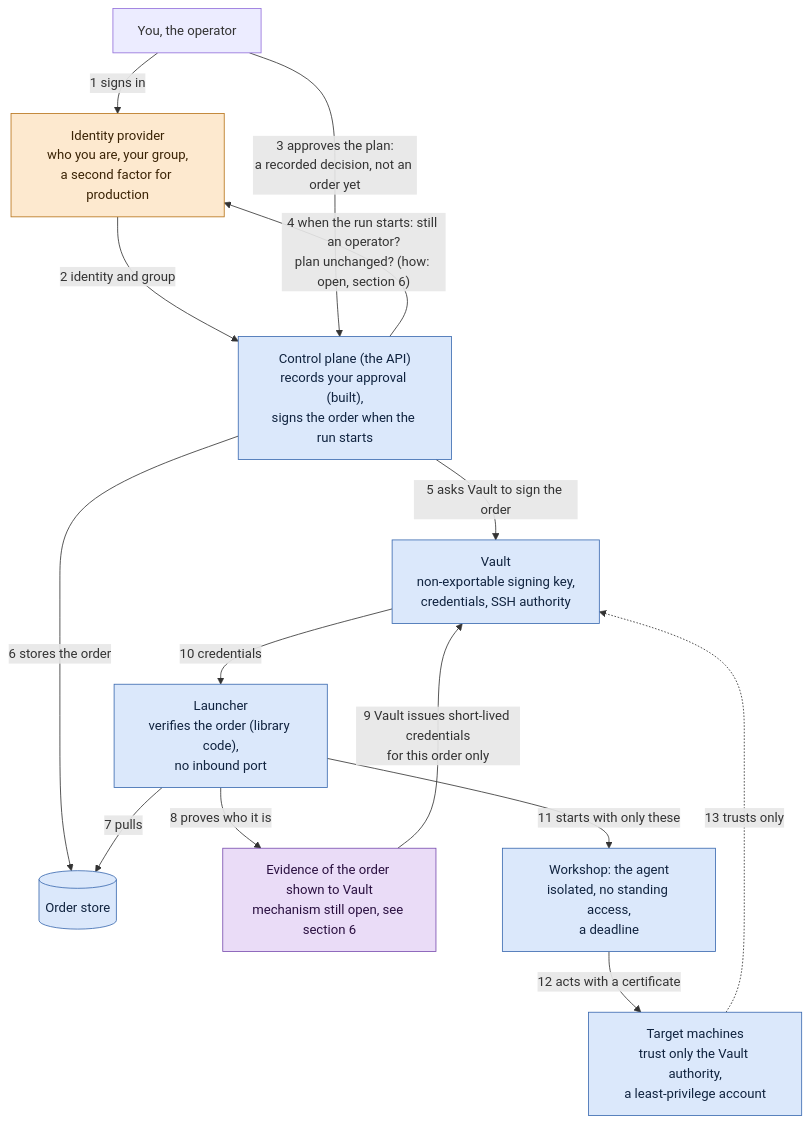
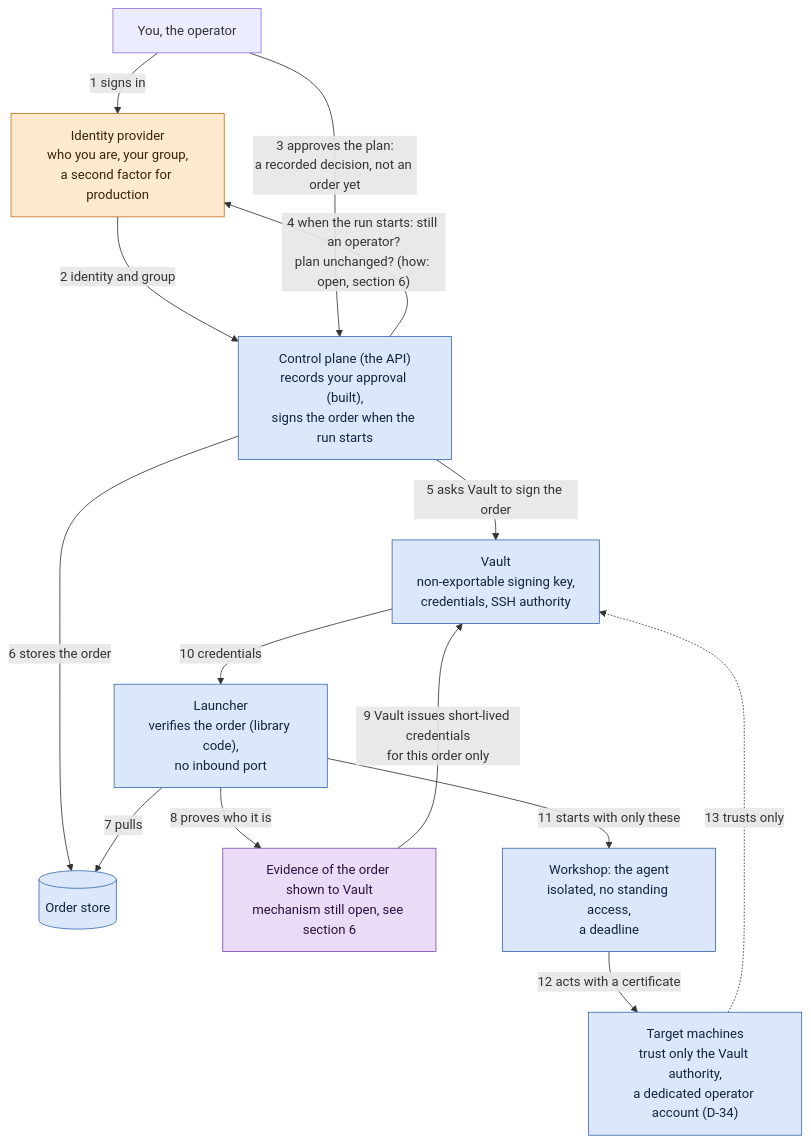
The first of 4 diagrams in docs/security-model.md (MafLabs38/orchestrarr), drawn with Mermaid before and after one commit. The commit also changed other lines of this file, not shown here.

````diff
--- a/docs/security-model.md
+++ b/docs/security-model.md
@@ -38,30 +38,30 @@
 ```mermaid
 flowchart TB
   person["You, the operator"]
   kc["Identity provider<br/>who you are, your group,<br/>a second factor for production"]:::review
   cp["Control plane (the API)<br/>records your approval (built),<br/>signs the order when the run starts"]:::decided
   vault["Vault<br/>non-exportable signing key,<br/>credentials, SSH authority"]:::decided
   store[("Order store")]:::decided
   launcher["Launcher<br/>verifies the order (library code),<br/>no inbound port"]:::decided
   evidence["Evidence of the order shown to Vault<br/>mechanism still open, see section 6"]:::proposed
   shop["Workshop: the agent<br/>isolated, no standing access,<br/>a deadline"]:::decided
-  target["Target machines<br/>trust only the Vault authority,<br/>a least-privilege account"]:::decided
+  target["Target machines<br/>trust only the Vault authority,<br/>a dedicated operator account (D-34)"]:::decided
 
   person -->|"1 signs in"| kc
   kc -->|"2 identity and group"| cp
   person -->|"3 approves the plan:<br/>a recorded decision, not an order yet"| cp
   cp -->|"4 when the run starts: still an operator?<br/>plan unchanged? (how: open, section 6)"| kc
   cp -->|"5 asks Vault to sign the order"| vault
   cp -->|"6 stores the order"| store
   launcher -->|"7 pulls"| store
   launcher -->|"8 proves who it is"| evidence
   evidence -->|"9 Vault issues short-lived credentials<br/>for this order only"| vault
   vault -->|"10 credentials"| launcher
   launcher -->|"11 starts with only these"| shop
   shop -->|"12 acts with a certificate"| target
   target -.->|"13 trusts only"| vault
 
   classDef review fill:#fde9cf,stroke:#b8741a,color:#3a2305
   classDef decided fill:#dbe8fb,stroke:#3b6ab0,color:#10233f
   classDef proposed fill:#eadcf7,stroke:#7a4fb0,color:#2a1040
 ```
````
